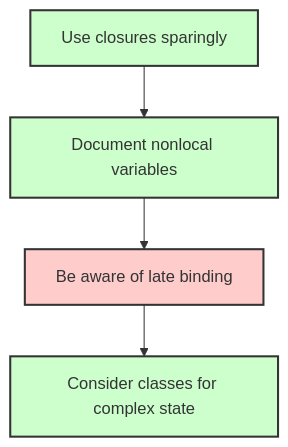
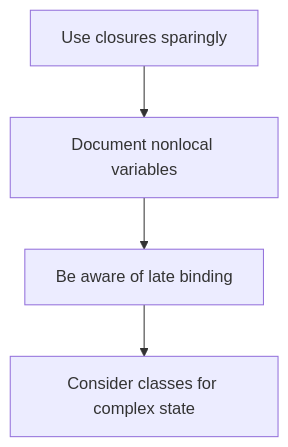
The ninth of 9 diagrams in Functions/Closure.md (AhmeDiaaU/PythonDocumentation), drawn with Mermaid before and after one commit. The commit also changed other lines of this file, not shown here.

````diff
--- a/Functions/Closure.md
+++ b/Functions/Closure.md
@@ -440,19 +229,6 @@
 ```mermaid
-
 flowchart TD
-
-    A["Use closures sparingly"] --> B["Document nonlocal variables"]
-
-    B --> C["Be aware of late binding"]
-
-    C --> D["Consider classes for complex state"]
-
-    style A fill:#ccffcc,stroke:#333,stroke-width:2px
-
-    style B fill:#ccffcc,stroke:#333,stroke-width:2px
-
-    style C fill:#ffcccc,stroke:#333,stroke-width:2px
-
-    style D fill:#ccffcc,stroke:#333,stroke-width:2px
-
+    A["Use closures sparingly"] --> B["Document nonlocal variables"]
+    B --> C["Be aware of late binding"]
+    C --> D["Consider classes for complex state"]
 ```
````
